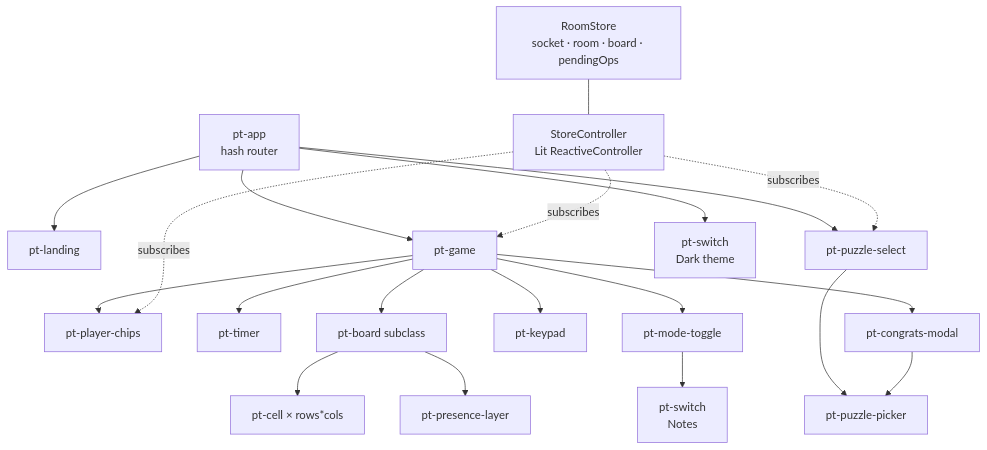
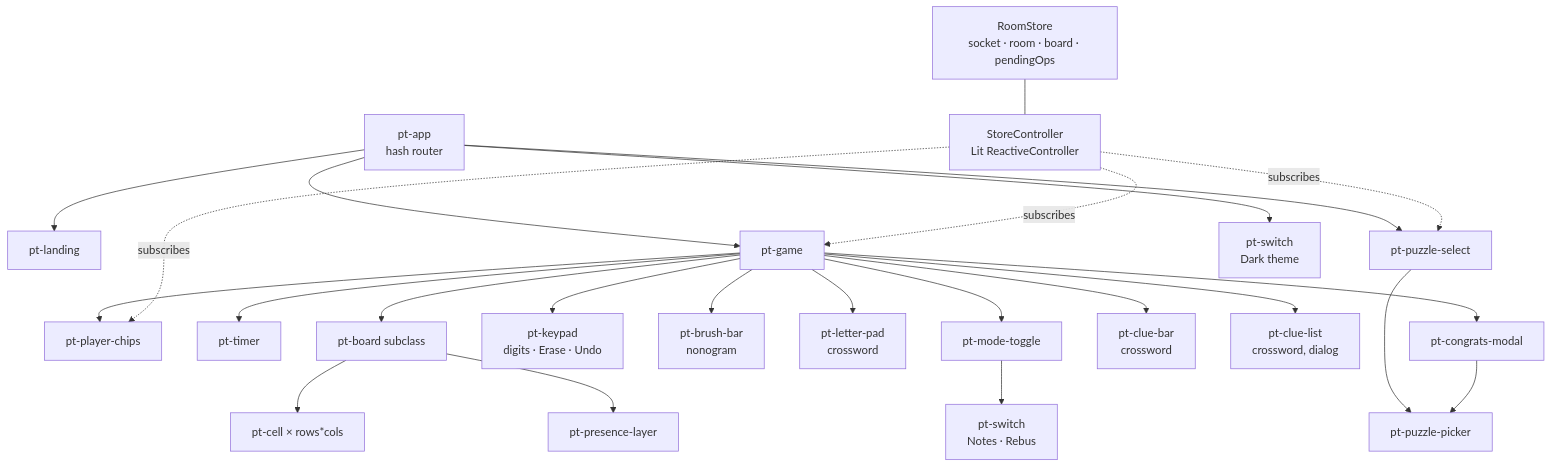
One commit to nikhilasm/puzzletogether changed the sixth of 6 diagrams in docs/architecture.md. Above: the diagram before and after it, drawn with Mermaid. The commit also changed other lines of this file and 51 other files, not shown here.

Commit message:
Add crossword game feature

````diff
--- a/docs/architecture.md
+++ b/docs/architecture.md
@@ -211,29 +211,33 @@
 ```mermaid
 flowchart TB
     APP["pt-app<br/>hash router"]
     APP --> LAND["pt-landing"]
     APP --> SEL["pt-puzzle-select"]
     APP --> GAME["pt-game"]
 
     GAME --> CHIPS["pt-player-chips"]
     GAME --> TIMER["pt-timer"]
     GAME --> BOARD["pt-board subclass"]
-    GAME --> KEYPAD["pt-keypad"]
+    GAME --> KEYPAD["pt-keypad<br/>digits · Erase · Undo"]
+    GAME --> BRUSH["pt-brush-bar<br/>nonogram"]
+    GAME --> LETTERS["pt-letter-pad<br/>crossword"]
     GAME --> MODE["pt-mode-toggle"]
+    GAME --> CLUEBAR["pt-clue-bar<br/>crossword"]
+    GAME --> CLUELIST["pt-clue-list<br/>crossword, dialog"]
     GAME --> MODAL["pt-congrats-modal"]
 
     APP --> THEMESW["pt-switch<br/>Dark theme"]
-    MODE --> SWITCH["pt-switch<br/>Notes"]
+    MODE --> SWITCH["pt-switch<br/>Notes · Rebus"]
     SEL --> PICKER["pt-puzzle-picker"]
     MODAL --> PICKER
 
     BOARD --> CELL["pt-cell × rows*cols"]
     BOARD --> PRES["pt-presence-layer"]
 
     STORE["RoomStore<br/>socket · room · board · pendingOps"]
     CTRL["StoreController<br/>Lit ReactiveController"]
     STORE --- CTRL
     CTRL -. subscribes .-> GAME
     CTRL -. subscribes .-> SEL
     CTRL -. subscribes .-> CHIPS
 ```
````
